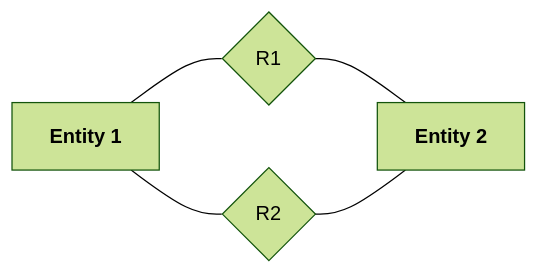
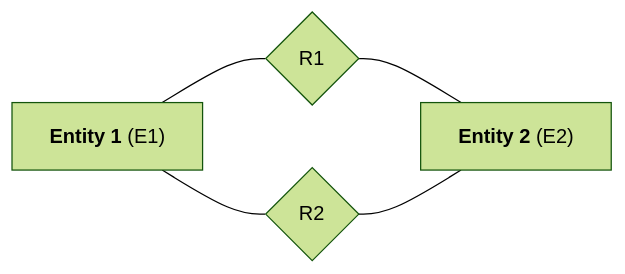
One commit to angelromarco04/MyNotes changed the third of 3 diagrams in Programming/Databases/data/Theory/ERModel.md. Above: the diagram before and after it, drawn with Mermaid (forest theme). The commit also changed other lines of this file, not shown here.

````diff
--- a/Programming/Databases/data/Theory/ERModel.md
+++ b/Programming/Databases/data/Theory/ERModel.md
@@ -69,10 +69,10 @@
 ```mermaid
 flowchart LR
 	E1---R1---E2
 	E1---R2---E2
 
-	E1["`**Entity 1**`"]
-	E2["`**Entity 2**`"]
+	E1["`**Entity 1** (E1)`"]
+	E2["`**Entity 2** (E2)`"]
 	R1{R1}
 	R2{R2}
 ```
````
